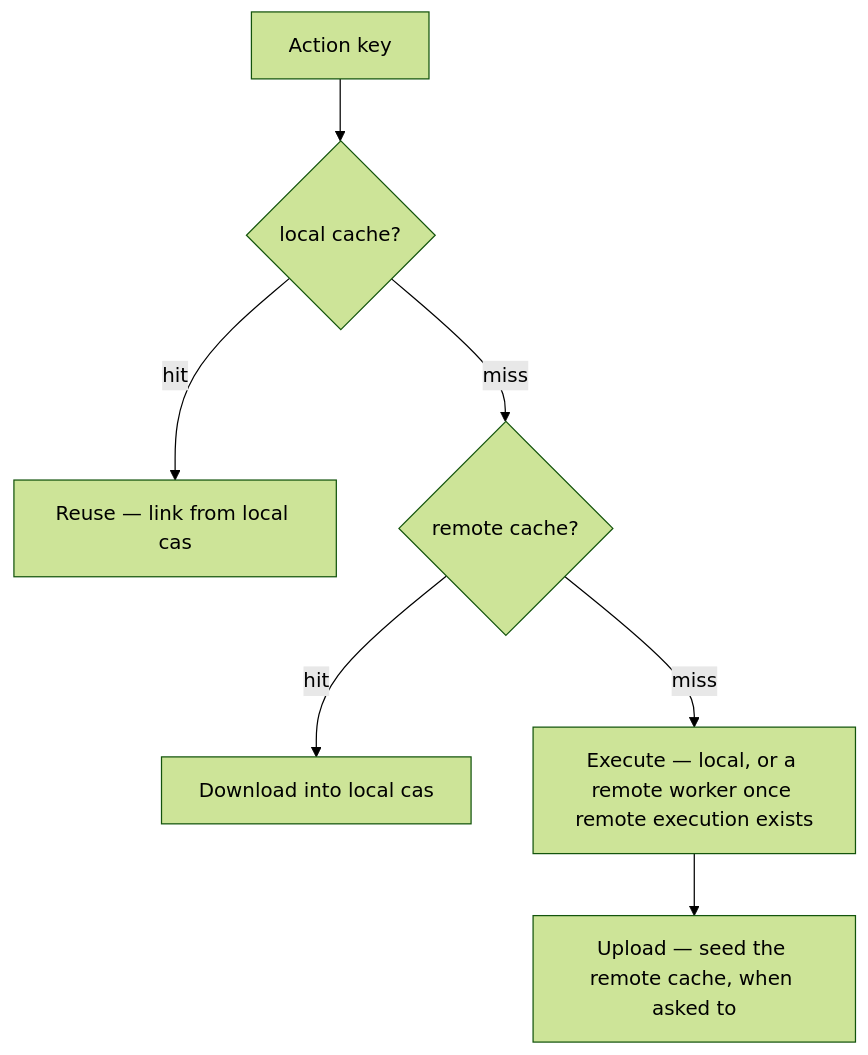
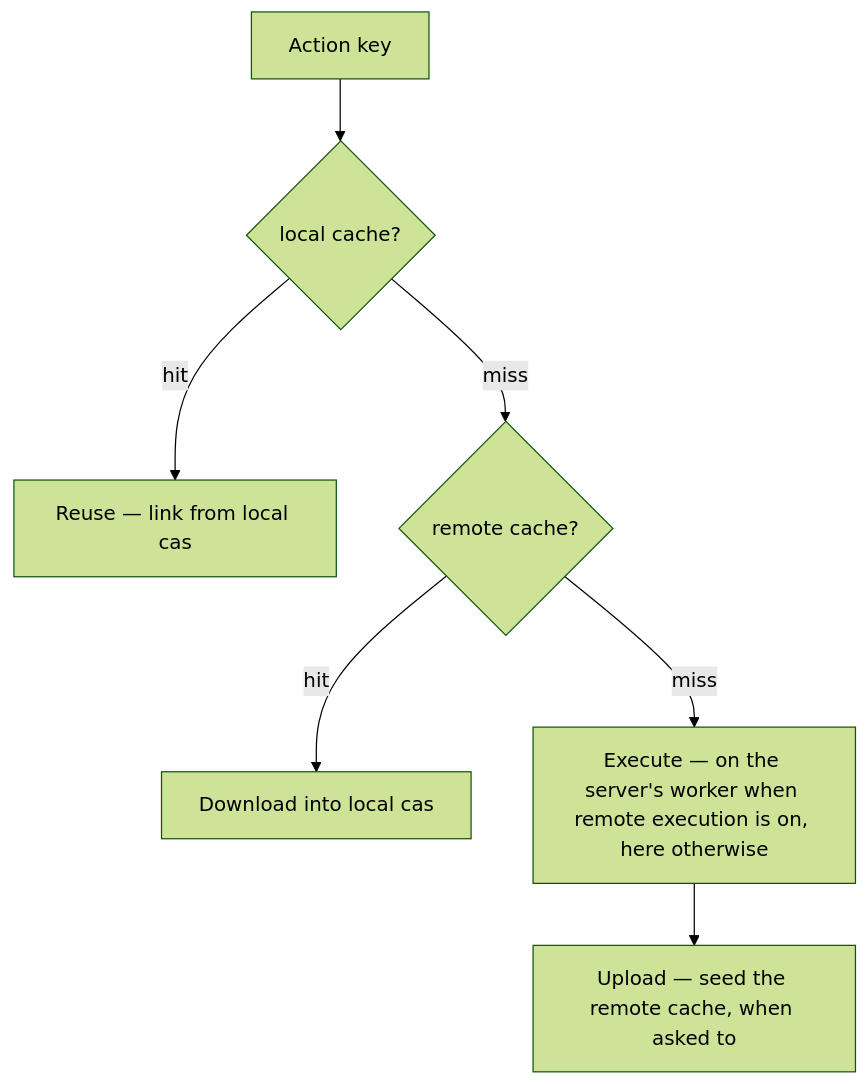
Before and after one commit to airsstack/buildl: diagram 12 of 14 in docs/design.md, drawn with Mermaid (forest theme). The commit also changed other lines of this file and 101 other files, not shown here.

First line of the commit message:
Milestone 8: remote execution (#19)

````diff
--- a/docs/design.md
+++ b/docs/design.md
@@ -808,10 +852,10 @@
 ```mermaid
 %% Cache lookup ladder
 flowchart TD
     KEY["Action key"] --> LC{"local cache?"}
     LC -- hit --> REUSE["Reuse — link from local cas"]
     LC -- miss --> RC{"remote cache?"}
     RC -- hit --> DL["Download into local cas"]
-    RC -- miss --> EX["Execute — local, or a remote worker once remote execution exists"]
+    RC -- miss --> EX["Execute — on the server's worker when remote execution is on, here otherwise"]
     EX --> UP["Upload — seed the remote cache, when asked to"]
 ```
````
